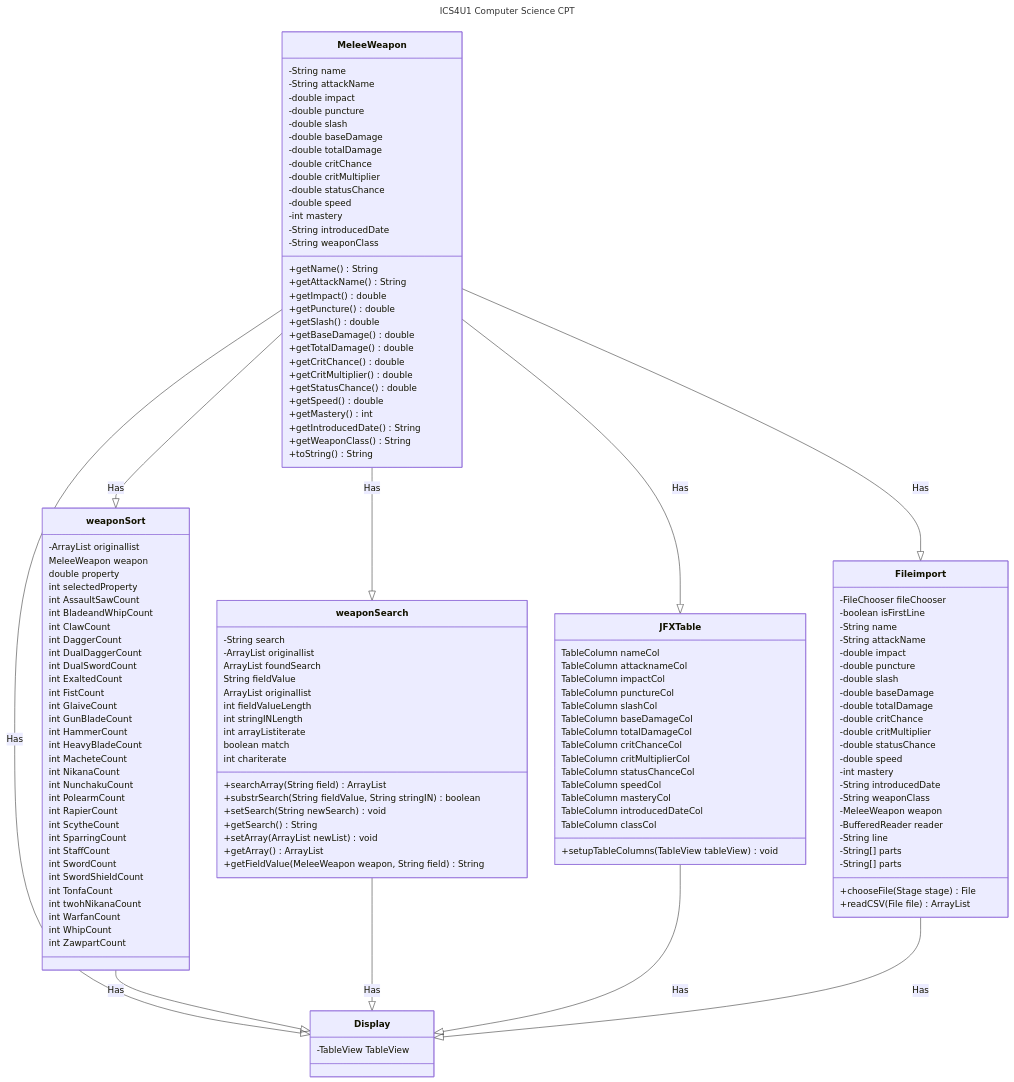
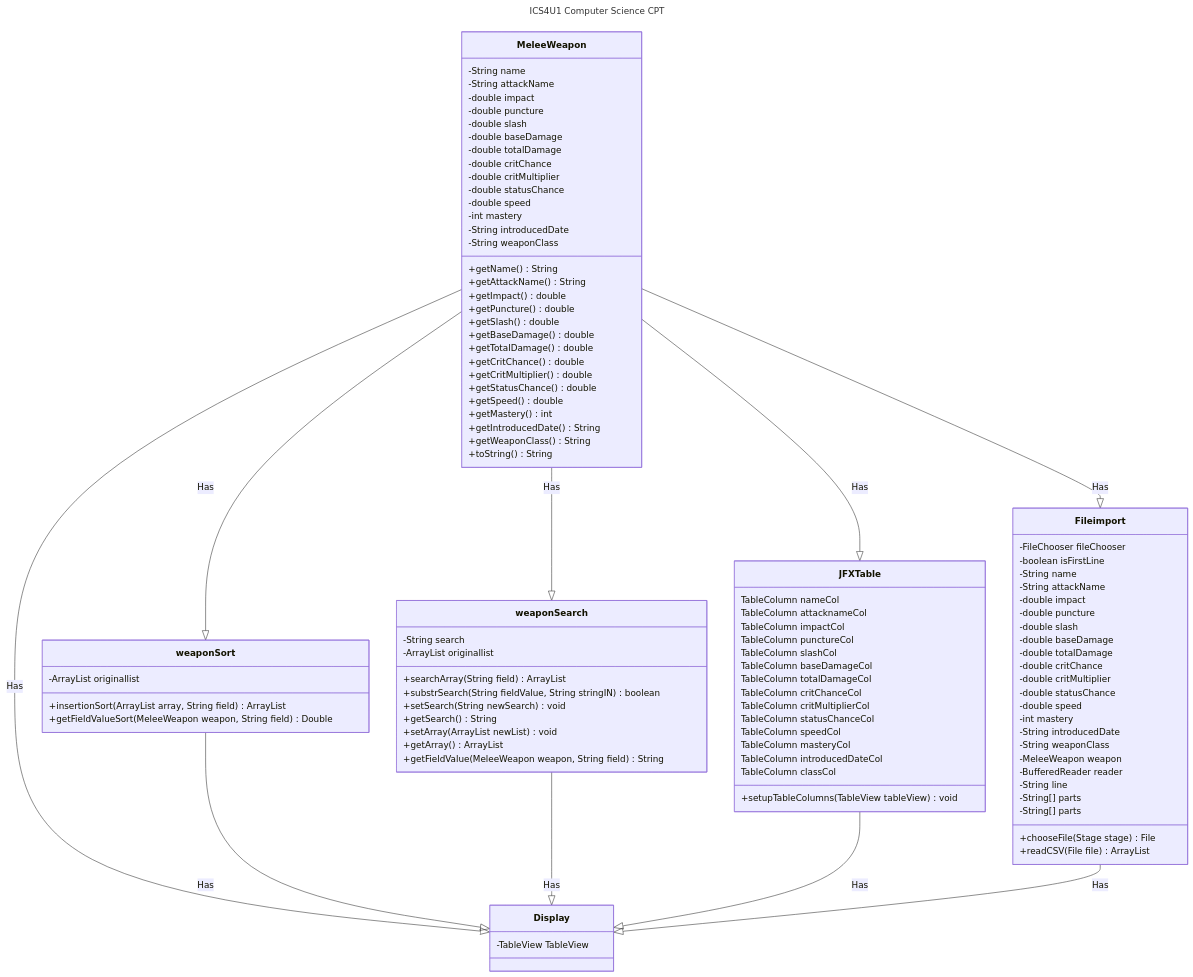
One commit to Link1400/WarframeJFX changed the diagram in ClassDiagram.mmd. Above: the diagram before and after it, drawn with Mermaid.

Commit message:
mmd simplified

```diff
--- a/ClassDiagram.mmd
+++ b/ClassDiagram.mmd
@@ -1,149 +1,113 @@
 ---
 title: ICS4U1 Computer Science CPT
 ---
 classDiagram
 class Display
 Display : -TableView<MeleeWeapon> TableView
 
 class MeleeWeapon
 MeleeWeapon : -String name
 MeleeWeapon : -String attackName
 MeleeWeapon : -double impact
 MeleeWeapon : -double puncture
 MeleeWeapon : -double slash
 MeleeWeapon : -double baseDamage
 MeleeWeapon : -double totalDamage
 MeleeWeapon : -double critChance
 MeleeWeapon : -double critMultiplier
 MeleeWeapon : -double statusChance
 MeleeWeapon : -double speed
 MeleeWeapon : -int mastery
 MeleeWeapon : -String introducedDate
 MeleeWeapon : -String weaponClass
 MeleeWeapon : +getName() String
 MeleeWeapon : +getAttackName() String
 MeleeWeapon : +getImpact() double
 MeleeWeapon : +getPuncture() double
 MeleeWeapon : +getSlash() double
 MeleeWeapon : +getBaseDamage() double
 MeleeWeapon : +getTotalDamage() double
 MeleeWeapon : +getCritChance() double
 MeleeWeapon : +getCritMultiplier() double
 MeleeWeapon : +getStatusChance() double
 MeleeWeapon : +getSpeed() double
 MeleeWeapon : +getMastery() int
 MeleeWeapon : +getIntroducedDate() String
 MeleeWeapon : +getWeaponClass() String
 MeleeWeapon : +toString() String
 
 
 MeleeWeapon --|> Display : Has
 MeleeWeapon --|> weaponSort : Has
 MeleeWeapon --|> weaponSearch: Has
 MeleeWeapon --|> JFXTable : Has
 MeleeWeapon --|> Fileimport : Has
 weaponSort --|> Display : Has
 weaponSearch --|> Display : Has
 JFXTable --|> Display : Has
 Fileimport --|> Display : Has
 
 
 class weaponSort
 weaponSort : -ArrayList<MeleeWeapon> originallist
-weaponSort : MeleeWeapon weapon
-weaponSort : double property
-weaponSort : int selectedProperty
-weaponSort : int AssaultSawCount
-weaponSort : int BladeandWhipCount
-weaponSort : int ClawCount
-weaponSort : int DaggerCount
-weaponSort : int DualDaggerCount
-weaponSort : int DualSwordCount
-weaponSort : int ExaltedCount
-weaponSort : int FistCount
-weaponSort : int GlaiveCount
-weaponSort : int GunBladeCount
-weaponSort : int HammerCount
-weaponSort : int HeavyBladeCount
-weaponSort : int MacheteCount
-weaponSort : int NikanaCount
-weaponSort : int NunchakuCount
-weaponSort : int PolearmCount
-weaponSort : int RapierCount
-weaponSort : int ScytheCount
-weaponSort : int SparringCount
-weaponSort : int StaffCount
-weaponSort : int SwordCount
-weaponSort : int SwordShieldCount
-weaponSort : int TonfaCount
-weaponSort : int twohNikanaCount
-weaponSort : int WarfanCount
-weaponSort : int WhipCount
-weaponSort : int ZawpartCount
-weaponSort : 
+weaponSort : +insertionSort(ArrayList<MeleeWeapon> array, String field) ArrayList<MeleeWeapon>
+weaponSort : +getFieldValueSort(MeleeWeapon weapon, String field) Double
+ 
 
 
 
 class weaponSearch
 weaponSearch : -String search
 weaponSearch : -ArrayList<MeleeWeapon> originallist
-weaponSearch : ArrayList<MeleeWeapon> foundSearch
-weaponSearch : String fieldValue
-weaponSearch : ArrayList<MeleeWeapon> originallist
-weaponSearch : int fieldValueLength
-weaponSearch : int stringINLength
-weaponSearch : int arrayListiterate
-weaponSearch : boolean match
-weaponSearch : int chariterate
 weaponSearch : +searchArray(String field) ArrayList<MeleeWeapon>
 weaponSearch : +substrSearch(String fieldValue, String stringIN) boolean
 weaponSearch : +setSearch(String newSearch) void
 weaponSearch : +getSearch() String
 weaponSearch : +setArray(ArrayList<MeleeWeapon> newList) void
 weaponSearch : +getArray() ArrayList<MeleeWeapon>
 weaponSearch : +getFieldValue(MeleeWeapon weapon, String field) String
 
 
 
 class JFXTable
 JFXTable : +setupTableColumns(TableView<MeleeWeapon> tableView) void
 JFXTable : TableColumn<MeleeWeapon, String> nameCol
 JFXTable : TableColumn<MeleeWeapon, String> attacknameCol
 JFXTable : TableColumn<MeleeWeapon, Double> impactCol
 JFXTable : TableColumn<MeleeWeapon, Double> punctureCol
 JFXTable : TableColumn<MeleeWeapon, Double> slashCol
 JFXTable : TableColumn<MeleeWeapon, Double> baseDamageCol
 JFXTable : TableColumn<MeleeWeapon, Double> totalDamageCol
 JFXTable : TableColumn<MeleeWeapon, Double> critChanceCol
 JFXTable : TableColumn<MeleeWeapon, Double> critMultiplierCol
 JFXTable : TableColumn<MeleeWeapon, Double> statusChanceCol
 JFXTable : TableColumn<MeleeWeapon, Double> speedCol
 JFXTable : TableColumn<MeleeWeapon, Integer> masteryCol
 JFXTable : TableColumn<MeleeWeapon, String> introducedDateCol
 JFXTable : TableColumn<MeleeWeapon, String> classCol
 
 
 class Fileimport
 Fileimport : -FileChooser fileChooser
 Fileimport : -boolean isFirstLine
 Fileimport : -String name
 Fileimport : -String attackName
 Fileimport : -double impact
 Fileimport : -double puncture
 Fileimport : -double slash
 Fileimport : -double baseDamage
 Fileimport : -double totalDamage
 Fileimport : -double critChance
 Fileimport : -double critMultiplier
 Fileimport : -double statusChance
 Fileimport : -double speed
 Fileimport : -int mastery
 Fileimport : -String introducedDate
 Fileimport : -String weaponClass
 Fileimport : -MeleeWeapon weapon
 Fileimport : -BufferedReader reader
 Fileimport : -String line
 Fileimport : -String[] parts
 Fileimport : -String[] parts
 Fileimport : +chooseFile(Stage stage)  File
 Fileimport : +readCSV(File file)  ArrayList<MeleeWeapon>
```
